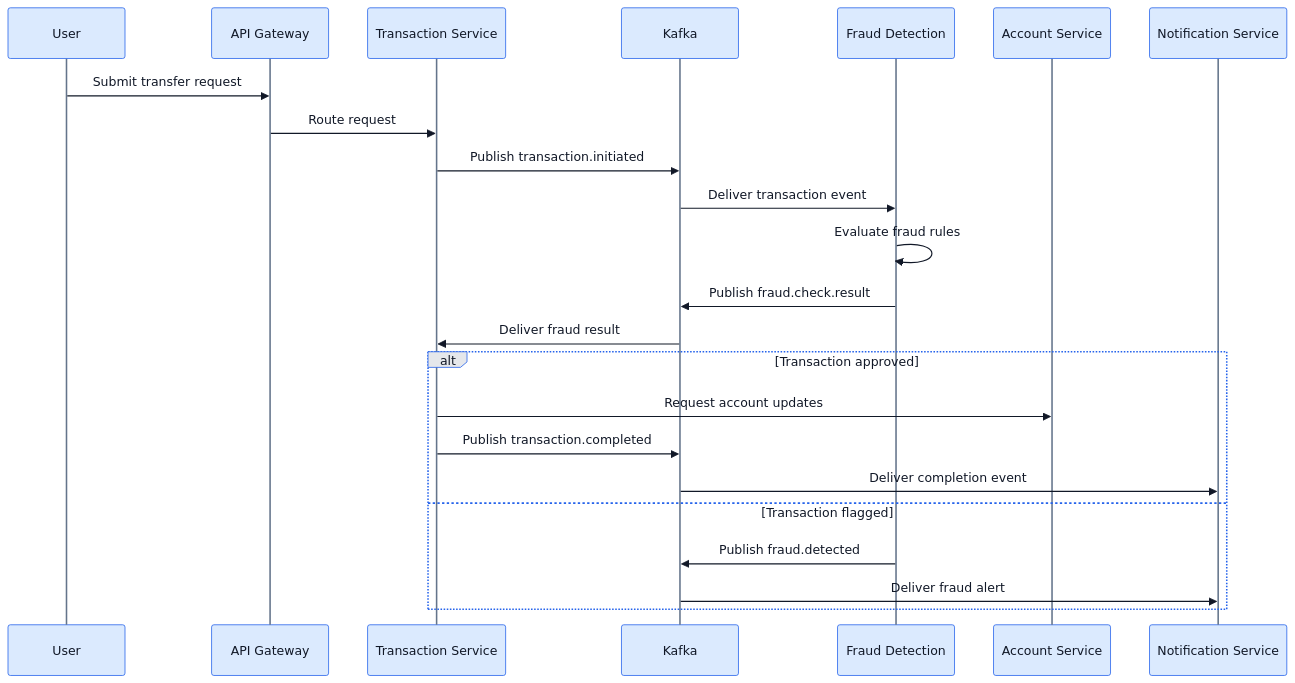
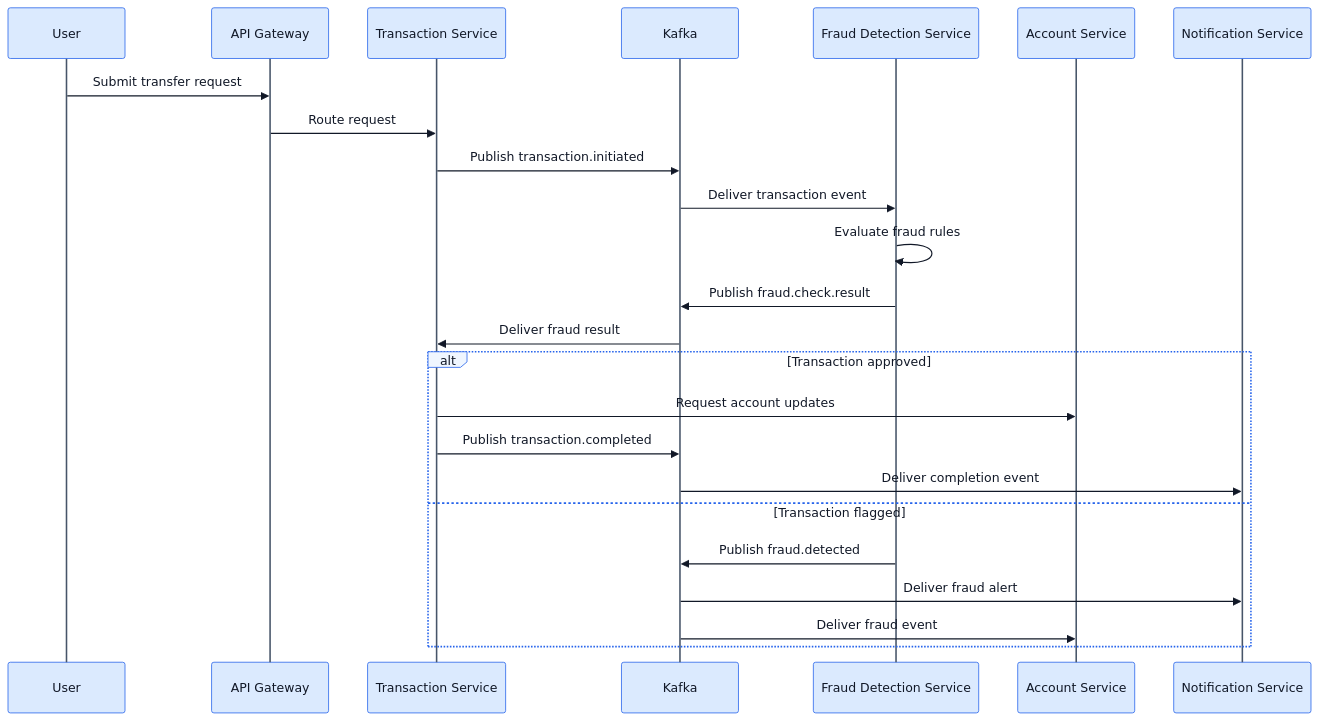
Before and after one commit to Ranbir1998/digital-banking-microservices: the second of 2 diagrams in README.md, drawn with Mermaid.

Commit message:
Improve Diagram

````diff
--- a/README.md
+++ b/README.md
@@ -120,31 +120,33 @@
 ```mermaid
-%%{init: {"theme": "base", "themeVariables": {"primaryColor": "#E8F0FE", "primaryTextColor": "#111827", "primaryBorderColor": "#2563EB", "lineColor": "#374151", "textColor": "#111827", "actorBkg": "#DBEAFE", "actorBorder": "#2563EB", "actorTextColor": "#111827", "actorLineColor": "#64748B", "signalColor": "#111827", "signalTextColor": "#111827", "labelBoxBkgColor": "#E5E7EB", "labelTextColor": "#111827", "loopTextColor": "#111827", "noteTextColor": "#111827", "activationBkgColor": "#DBEAFE", "sequenceNumberColor": "#111827"}}}%%
+%%{init: {"theme": "base", "themeVariables": {"background": "#ffffff", "primaryColor": "#dbeafe", "primaryTextColor": "#111827", "primaryBorderColor": "#2563eb", "lineColor": "#475569", "textColor": "#111827", "actorBkg": "#dbeafe", "actorTextColor": "#111827", "actorBorder": "#2563eb", "actorLineColor": "#475569", "signalColor": "#111827", "signalTextColor": "#111827", "labelBoxBkgColor": "#eff6ff", "labelTextColor": "#111827", "loopTextColor": "#111827", "noteBkgColor": "#fef3c7", "noteTextColor": "#111827"}}}%%
+
 sequenceDiagram
     participant User
     participant Gateway as API Gateway
     participant Transaction as Transaction Service
     participant Kafka
-    participant Fraud as Fraud Detection
+    participant Fraud as Fraud Detection Service
     participant Account as Account Service
     participant Notification as Notification Service
 
     User->>Gateway: Submit transfer request
     Gateway->>Transaction: Route request
 
     Transaction->>Kafka: Publish transaction.initiated
     Kafka->>Fraud: Deliver transaction event
 
     Fraud->>Fraud: Evaluate fraud rules
     Fraud->>Kafka: Publish fraud.check.result
 
     Kafka->>Transaction: Deliver fraud result
 
     alt Transaction approved
         Transaction->>Account: Request account updates
         Transaction->>Kafka: Publish transaction.completed
         Kafka->>Notification: Deliver completion event
     else Transaction flagged
         Fraud->>Kafka: Publish fraud.detected
         Kafka->>Notification: Deliver fraud alert
+        Kafka->>Account: Deliver fraud event
     end
 ```
````
